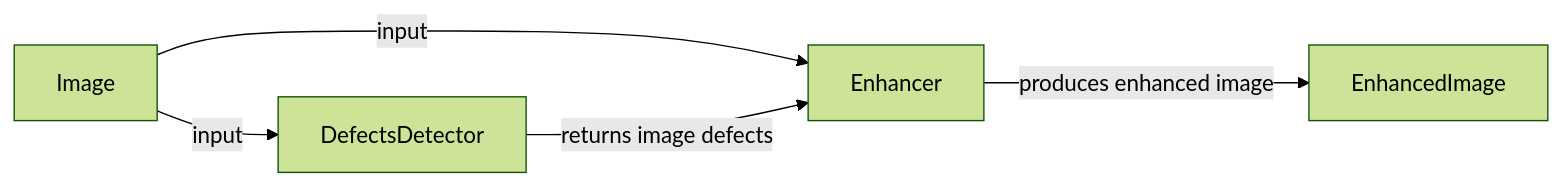
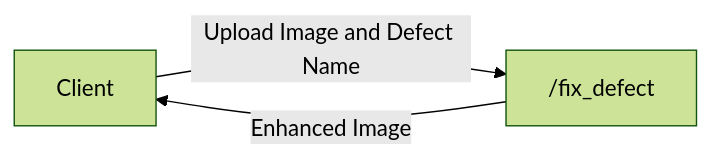
One commit to pyrogn/aaa-image-enhancement changed the fourth of 5 diagrams in README.md. Above: the diagram before and after it, drawn with Mermaid (forest theme). The commit also changed other lines of this file and 28 other files, not shown here.

````diff
--- a/README.md
+++ b/README.md
@@ -148,7 +122,5 @@
 ```mermaid
 graph LR
-    Image -->|input| DefectsDetector
-    Image -->|input| Enhancer
-    DefectsDetector -->|returns image defects| Enhancer
-    Enhancer -->|produces enhanced image| EnhancedImage
+    A[Client] -->|Upload Image and Defect Name| D["/fix_defect"]
+    D -->|Enhanced Image| A
 ```
````
